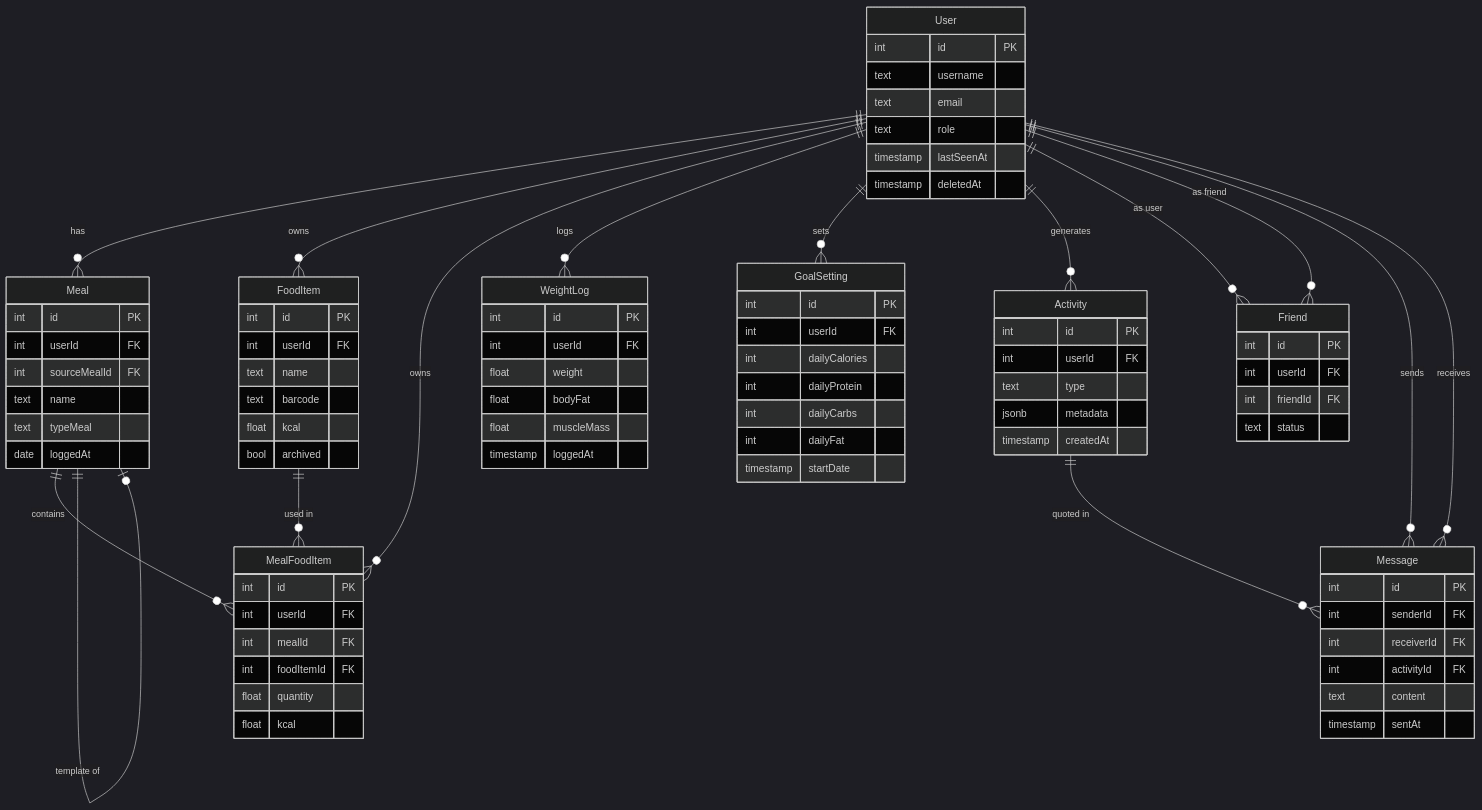
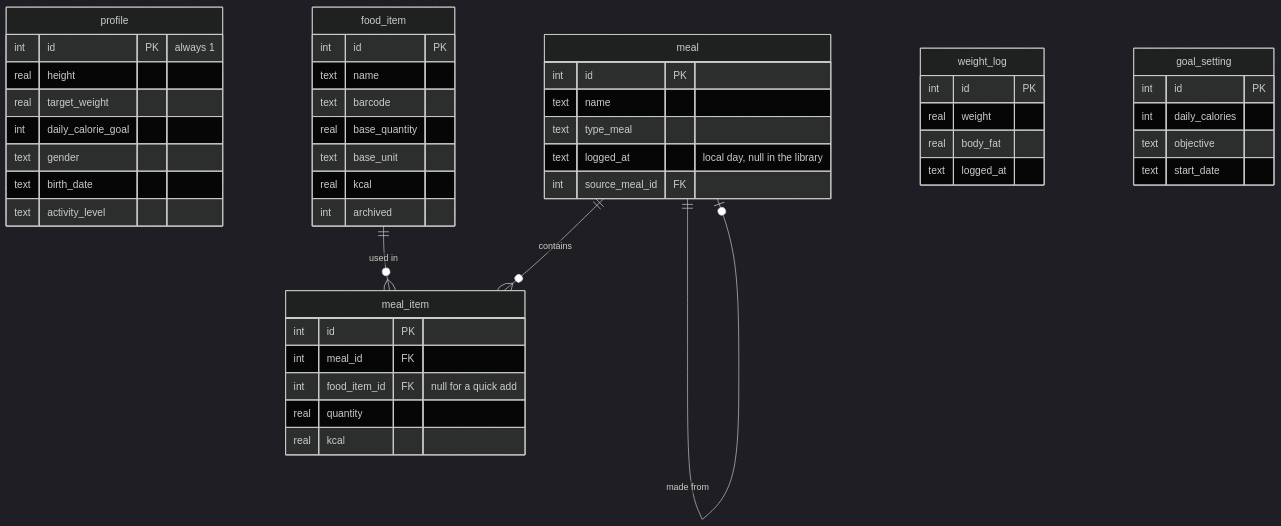
The diagram in README.md (natamun/catchmeal-mobile), drawn with Mermaid (dark theme) before and after one commit. The commit also changed other lines of this file, not shown here.

````diff
--- a/README.md
+++ b/README.md
@@ -112,88 +45,51 @@
 ```mermaid
 erDiagram
-    User {
+    profile {
+        int id PK "always 1"
+        real height
+        real target_weight
+        int daily_calorie_goal
+        text gender
+        text birth_date
+        text activity_level
+    }
+    food_item {
         int id PK
-        text username
-        text email
-        text role
-        timestamp lastSeenAt
-        timestamp deletedAt
-    }
-    WeightLog {
-        int id PK
-        int userId FK
-        float weight
-        float bodyFat
-        float muscleMass
-        timestamp loggedAt
-    }
-    GoalSetting {
-        int id PK
-        int userId FK
-        int dailyCalories
-        int dailyProtein
-        int dailyCarbs
-        int dailyFat
-        timestamp startDate
-    }
-    Meal {
-        int id PK
-        int userId FK
-        int sourceMealId FK
-        text name
-        text typeMeal
-        date loggedAt
-    }
-    MealFoodItem {
-        int id PK
-        int userId FK
-        int mealId FK
-        int foodItemId FK
-        float quantity
-        float kcal
-    }
-    FoodItem {
-        int id PK
-        int userId FK
         text name
         text barcode
-        float kcal
-        bool archived
+        real base_quantity
+        text base_unit
+        real kcal
+        int archived
     }
-    Friend {
+    meal {
         int id PK
-        int userId FK
-        int friendId FK
-        text status
+        text name
+        text type_meal
+        text logged_at "local day, null in the library"
+        int source_meal_id FK
     }
-    Message {
+    meal_item {
         int id PK
-        int senderId FK
-        int receiverId FK
-        int activityId FK
-        text content
-        timestamp sentAt
+        int meal_id FK
+        int food_item_id FK "null for a quick add"
+        real quantity
+        real kcal
     }
-    Activity {
+    weight_log {
         int id PK
-        int userId FK
-        text type
-        jsonb metadata
-        timestamp createdAt
+        real weight
+        real body_fat
+        text logged_at
+    }
+    goal_setting {
+        int id PK
+        int daily_calories
+        text objective
+        text start_date
     }
 
-    User ||--o{ Meal : "has"
-    User ||--o{ FoodItem : "owns"
-    User ||--o{ MealFoodItem : "owns"
-    User ||--o{ WeightLog : "logs"
-    User ||--o{ GoalSetting : "sets"
-    User ||--o{ Activity : "generates"
-    User ||--o{ Friend : "as user"
-    User ||--o{ Friend : "as friend"
-    User ||--o{ Message : "sends"
-    User ||--o{ Message : "receives"
-    Meal ||--o{ MealFoodItem : "contains"
-    Meal ||--o| Meal : "template of"
-    FoodItem ||--o{ MealFoodItem : "used in"
-    Activity ||--o{ Message : "quoted in"
+    meal ||--o{ meal_item : "contains"
+    meal ||--o| meal : "made from"
+    food_item ||--o{ meal_item : "used in"
 ```
````
